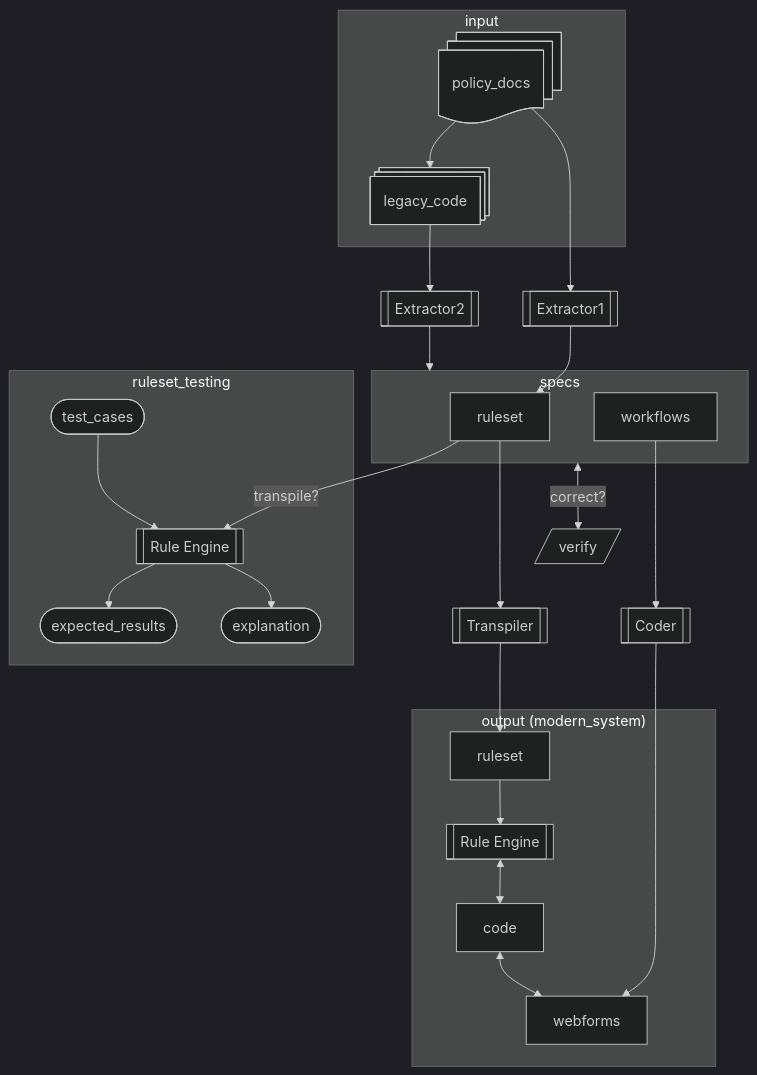
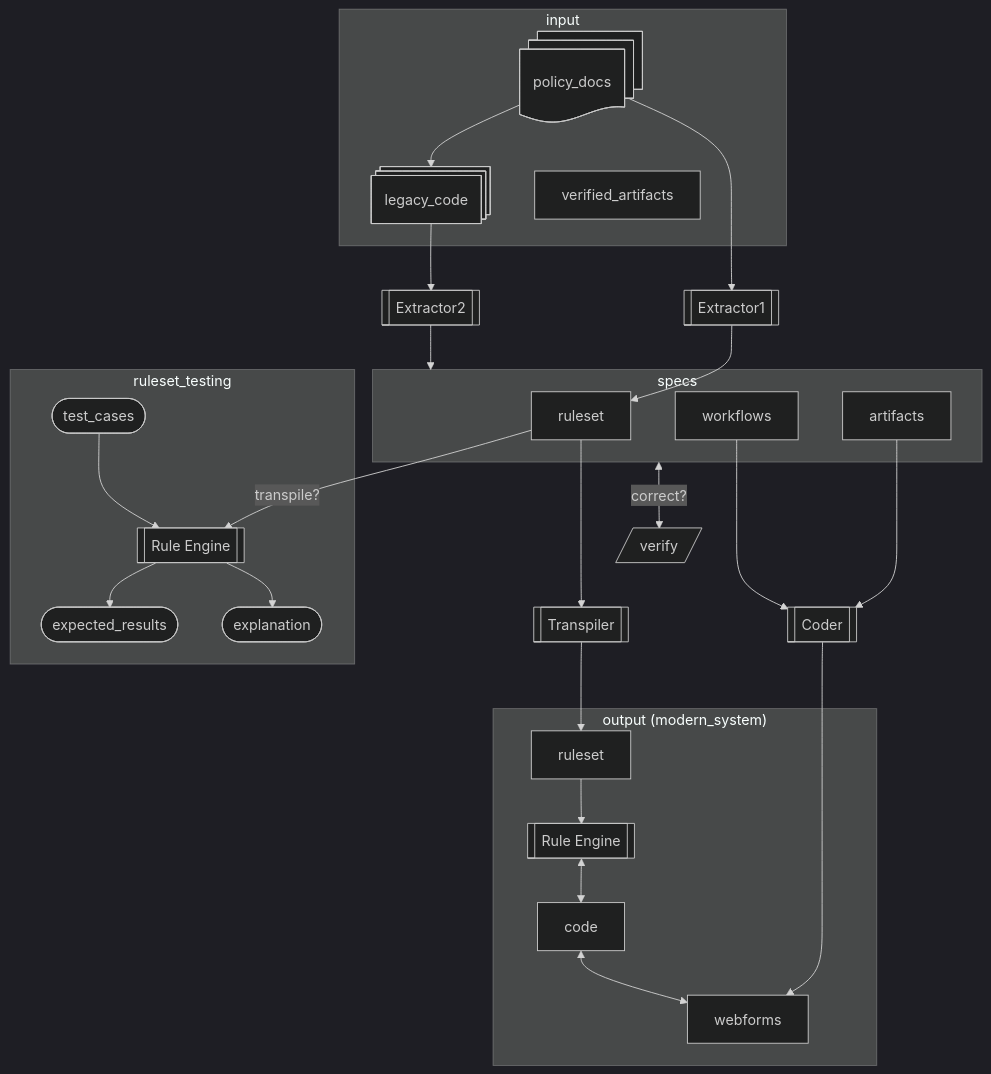
Before and after one commit to yoomlam/lockpick-xlator: the diagram in README.md, drawn with Mermaid (dark theme). The commit also changed other lines of this file, not shown here.

Commit message:
add verified_artifacts to diagram

````diff
--- a/README.md
+++ b/README.md
@@ -54,31 +54,32 @@
 ```mermaid
 flowchart TD
 
 subgraph input
     policy_docs@{shape: docs} --> legacy_code
     legacy_code@{shape: procs}
+    verified_artifacts
 end
 
 policy_docs --> Extractor1[[Extractor1]] --> ruleset
 legacy_code --> Extractor2[[Extractor2]] --> specs
 
 subgraph specs
-    ruleset & workflows
+    ruleset & workflows & artifacts
 end
 
 specs <--correct?--> verify[/verify/]
 
 subgraph ruleset_testing
     tester_rule_engine[[Rule Engine]]
     ruleset --transpile?--> tester_rule_engine
     test_cases([test_cases]) --> tester_rule_engine --> expected_results([expected_results])
     tester_rule_engine --> explanation([explanation])
 end
 
 ruleset ---> Transpiler[[Transpiler]] --> ruleset2[ruleset]
-workflows ---> Coder[[Coder]] --> webforms
+workflows & artifacts ---> Coder[[Coder]] --> webforms
 
 subgraph output["output (modern_system)"]
     ruleset2 --> rule_engine[[Rule Engine]] <--> code <--> webforms
 end
 ```
````
